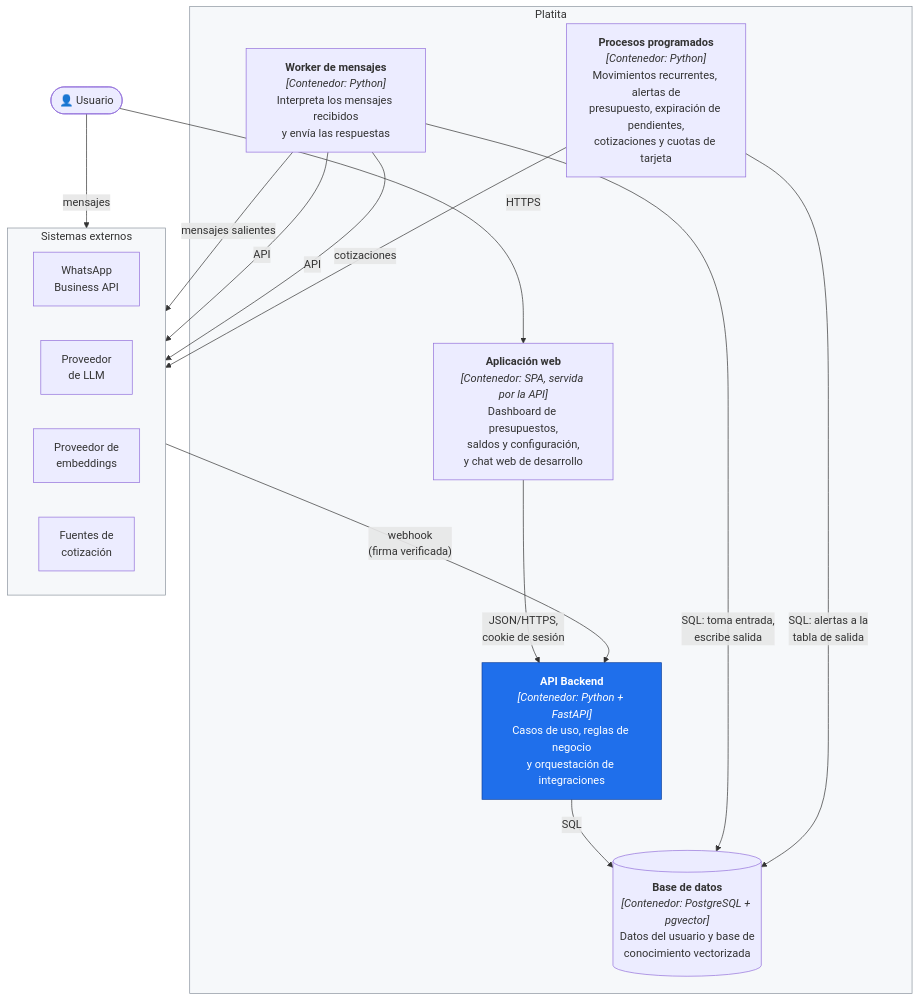
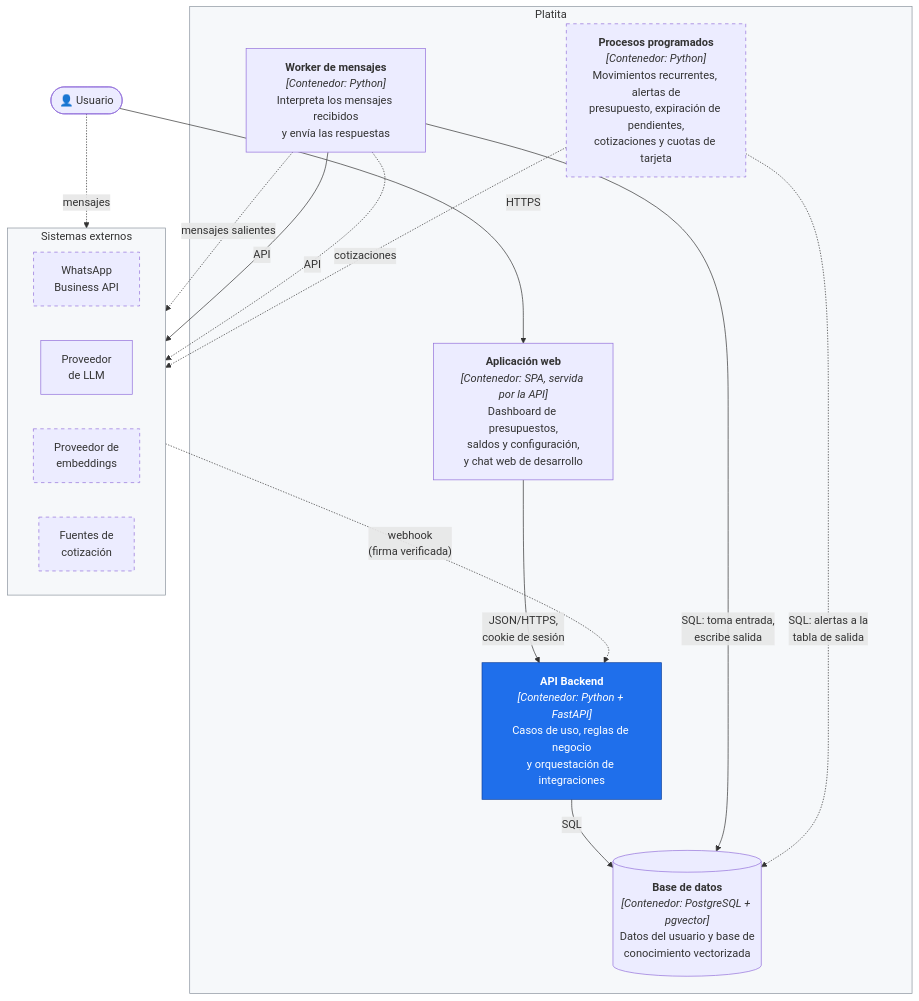
The second of 4 diagrams in docs/02-arquitectura.md (verozacarias-prog/AI4Devs-finalproject), drawn with Mermaid before and after one commit. The commit also changed other lines of this file and 4 other files, not shown here.

First line of the commit message:
docs(diagramas): alineados con el código, y lo que todavía no existe queda marcado como diseño

````diff
--- a/docs/02-arquitectura.md
+++ b/docs/02-arquitectura.md
@@ -40,36 +48,40 @@
 ```mermaid
 flowchart TB
     USER(["👤 Usuario"])
 
     subgraph EXTERNOS["Sistemas externos"]
         direction LR
         WACLOUD["WhatsApp<br/>Business API"]
         LLM["Proveedor<br/>de LLM"]
         EMB["Proveedor de<br/>embeddings"]
         FX["Fuentes de<br/>cotización"]
     end
 
     subgraph PLATITA["Platita"]
         SPA["<b>Aplicación web</b><br/><i>[Contenedor: SPA, servida por la API]</i><br/>Dashboard de presupuestos,<br/>saldos y configuración,<br/>y chat web de desarrollo"]
         API["<b>API Backend</b><br/><i>[Contenedor: Python + FastAPI]</i><br/>Casos de uso, reglas de negocio<br/>y orquestación de integraciones"]
         MSGW["<b>Worker de mensajes</b><br/><i>[Contenedor: Python]</i><br/>Interpreta los mensajes recibidos<br/>y envía las respuestas"]
         WORKER["<b>Procesos programados</b><br/><i>[Contenedor: Python]</i><br/>Movimientos recurrentes, alertas de<br/>presupuesto, expiración de pendientes,<br/>cotizaciones y cuotas de tarjeta"]
         DB[("<b>Base de datos</b><br/><i>[Contenedor: PostgreSQL + pgvector]</i><br/>Datos del usuario y base de<br/>conocimiento vectorizada")]
     end
 
-    USER -->|"mensajes"| WACLOUD
+    USER -.->|"mensajes"| WACLOUD
     USER -->|"HTTPS"| SPA
-    WACLOUD -->|"webhook<br/>(firma verificada)"| API
-    MSGW -->|"mensajes salientes"| WACLOUD
+    WACLOUD -.->|"webhook<br/>(firma verificada)"| API
+    MSGW -.->|"mensajes salientes"| WACLOUD
     SPA -->|"JSON/HTTPS,<br/>cookie de sesión"| API
     API -->|"SQL"| DB
     MSGW -->|"SQL: toma entrada,<br/>escribe salida"| DB
     MSGW -->|"API"| LLM
-    MSGW -->|"API"| EMB
-    WORKER -->|"SQL: alertas a la<br/>tabla de salida"| DB
-    WORKER -->|"cotizaciones"| FX
+    MSGW -.->|"API"| EMB
+    WORKER -.->|"SQL: alertas a la<br/>tabla de salida"| DB
+    WORKER -.->|"cotizaciones"| FX
 
     style API fill:#1f6feb,stroke:#0d419d,color:#fff
     style PLATITA fill:#f6f8fa,stroke:#8b949e
     style EXTERNOS fill:#f6f8fa,stroke:#8b949e
+    style WACLOUD stroke-dasharray: 5 5
+    style EMB stroke-dasharray: 5 5
+    style FX stroke-dasharray: 5 5
+    style WORKER stroke-dasharray: 5 5
 ```
````
